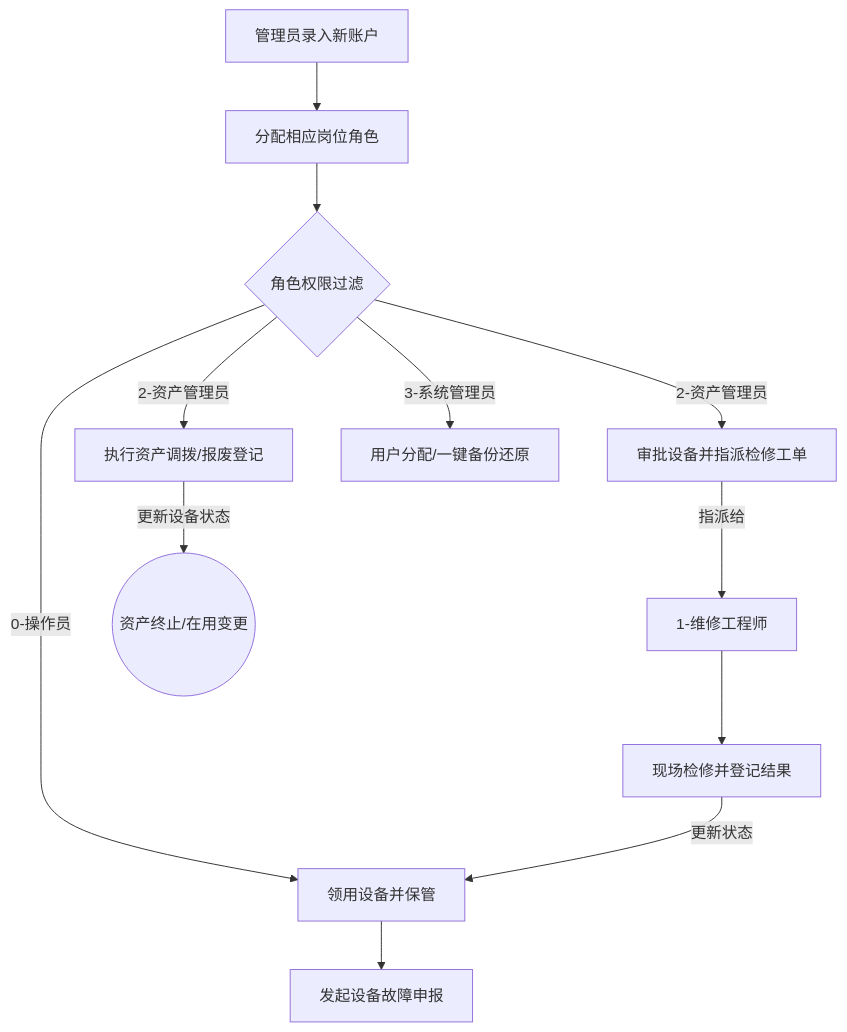
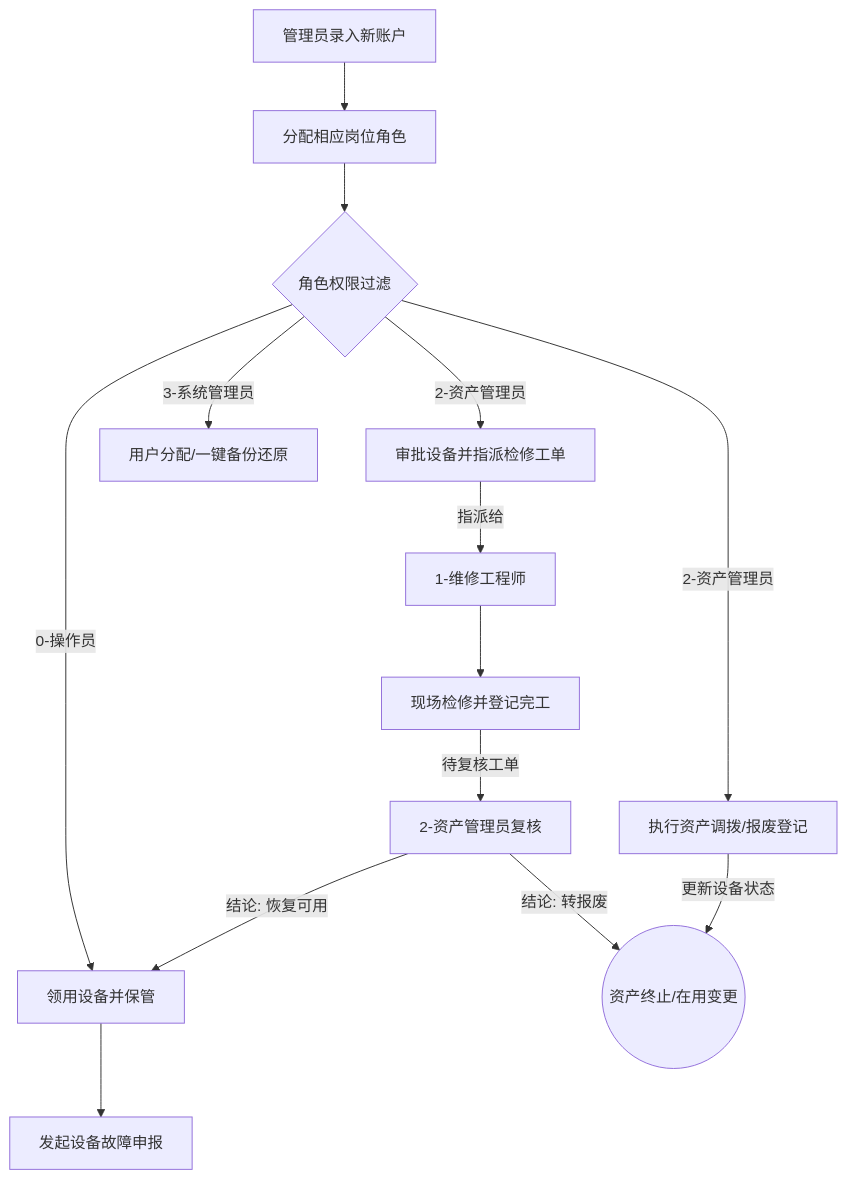
Before and after one commit to weiqiang612/equipment-management: the diagram in docs/1-requirements/project_overview.md, drawn with Mermaid. The commit also changed 6 other files, not shown here.

Commit message:
docs: update project specifications, architecture, contract, and current plan for TASK-014

````diff
--- a/docs/1-requirements/project_overview.md
+++ b/docs/1-requirements/project_overview.md
@@ -77,19 +77,21 @@
 ```mermaid
 graph TD
     A[管理员录入新账户] --> B[分配相应岗位角色]
     B --> C{角色权限过滤}
     
     C -->|0-操作员| D[领用设备并保管]
     D --> E[发起设备故障申报]
     
     C -->|2-资产管理员| F[审批设备并指派检修工单]
     F -->|指派给| G[1-维修工程师]
     
-    G --> H[现场检修并登记结果]
-    H -->|更新状态| D
+    G --> H[现场检修并登记完工]
+    H -->|待复核工单| M[2-资产管理员复核]
+    M -->|结论: 恢复可用| D
+    M -->|结论: 转报废| J((资产终止/在用变更))
     
     C -->|2-资产管理员| I[执行资产调拨/报废登记]
-    I -->|更新设备状态| J((资产终止/在用变更))
+    I -->|更新设备状态| J
     
     C -->|3-系统管理员| K[用户分配/一键备份还原]
 ```
````
